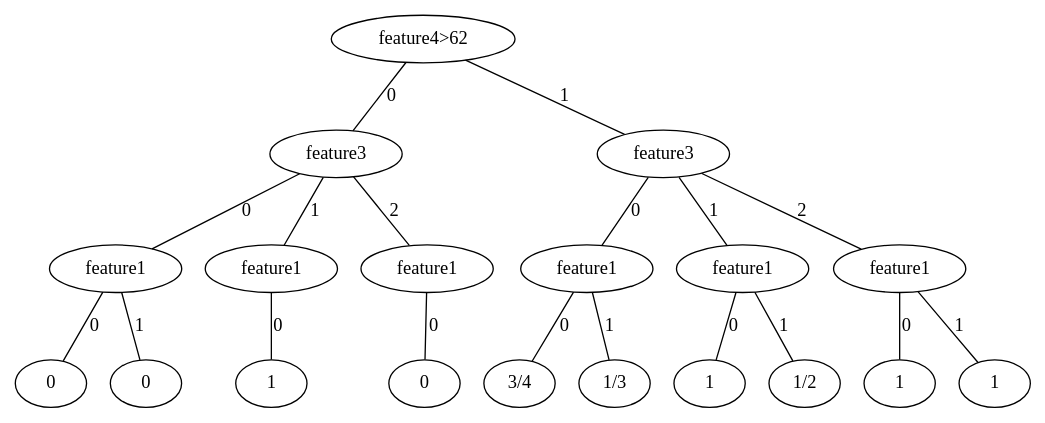
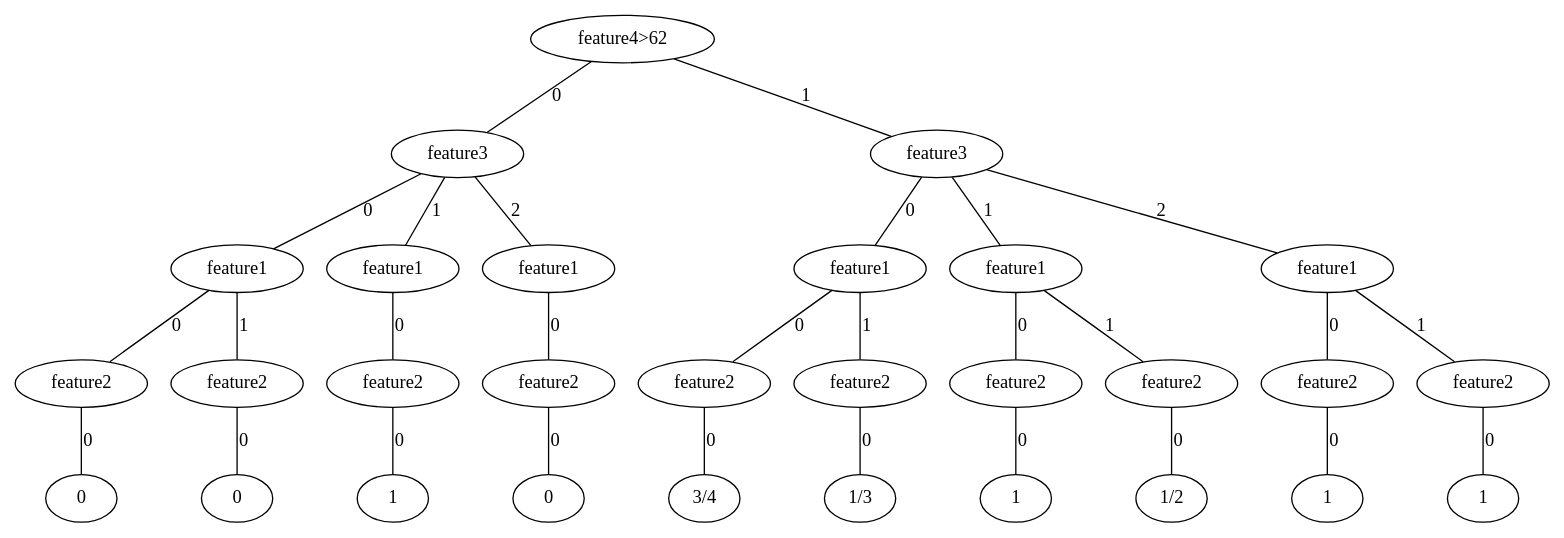
One commit to yash-s20/CS154-Assignment2-DecisionTree changed the diagram in output/toy-decision-tree.dot. Above: the diagram before and after it, drawn with Graphviz. The commit also changed 2 other files, not shown here.

```diff
--- a/output/toy-decision-tree.dot
+++ b/output/toy-decision-tree.dot
@@ -1,58 +1,88 @@
 graph "decision-tree" {
 	r[label="feature4>62"];
 
 	r--r0[label="0"];
 		r0[label="feature3"];
 
 		r0--r00[label="0"];
 			r00[label="feature1"];
 
 			r00--r000[label="0"];
-				r000[label="0"];
+				r000[label="feature2"];
+
+				r000--r0000[label="0"];
+					r0000[label="0"];
 
 			r00--r001[label="1"];
-				r001[label="0"];
+				r001[label="feature2"];
+
+				r001--r0010[label="0"];
+					r0010[label="0"];
 
 		r0--r01[label="1"];
 			r01[label="feature1"];
 
 			r01--r010[label="0"];
-				r010[label="1"];
+				r010[label="feature2"];
+
+				r010--r0100[label="0"];
+					r0100[label="1"];
 
 		r0--r02[label="2"];
 			r02[label="feature1"];
 
 			r02--r020[label="0"];
-				r020[label="0"];
+				r020[label="feature2"];
+
+				r020--r0200[label="0"];
+					r0200[label="0"];
 
 	r--r1[label="1"];
 		r1[label="feature3"];
 
 		r1--r10[label="0"];
 			r10[label="feature1"];
 
 			r10--r100[label="0"];
-				r100[label="3/4"];
+				r100[label="feature2"];
+
+				r100--r1000[label="0"];
+					r1000[label="3/4"];
 
 			r10--r101[label="1"];
-				r101[label="1/3"];
+				r101[label="feature2"];
+
+				r101--r1010[label="0"];
+					r1010[label="1/3"];
 
 		r1--r11[label="1"];
 			r11[label="feature1"];
 
 			r11--r110[label="0"];
-				r110[label="1"];
+				r110[label="feature2"];
+
+				r110--r1100[label="0"];
+					r1100[label="1"];
 
 			r11--r111[label="1"];
-				r111[label="1/2"];
+				r111[label="feature2"];
+
+				r111--r1110[label="0"];
+					r1110[label="1/2"];
 
 		r1--r12[label="2"];
 			r12[label="feature1"];
 
 			r12--r120[label="0"];
-				r120[label="1"];
+				r120[label="feature2"];
+
+				r120--r1200[label="0"];
+					r1200[label="1"];
 
 			r12--r121[label="1"];
-				r121[label="1"];
+				r121[label="feature2"];
+
+				r121--r1210[label="0"];
+					r1210[label="1"];
 
 }
```
